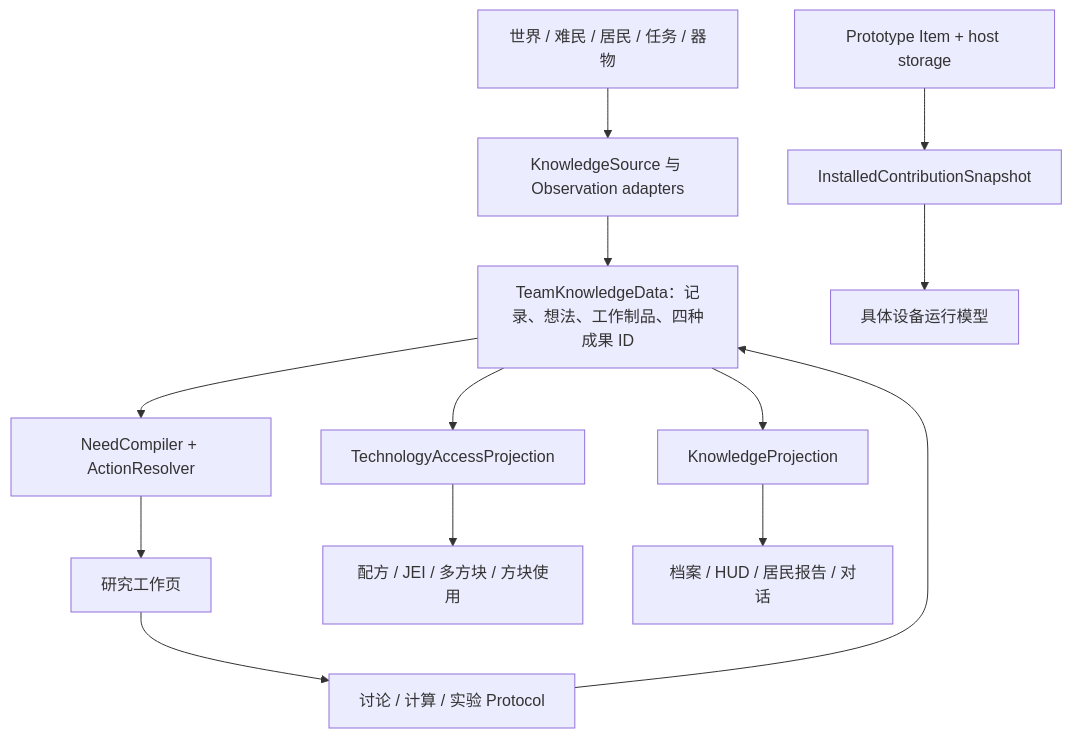
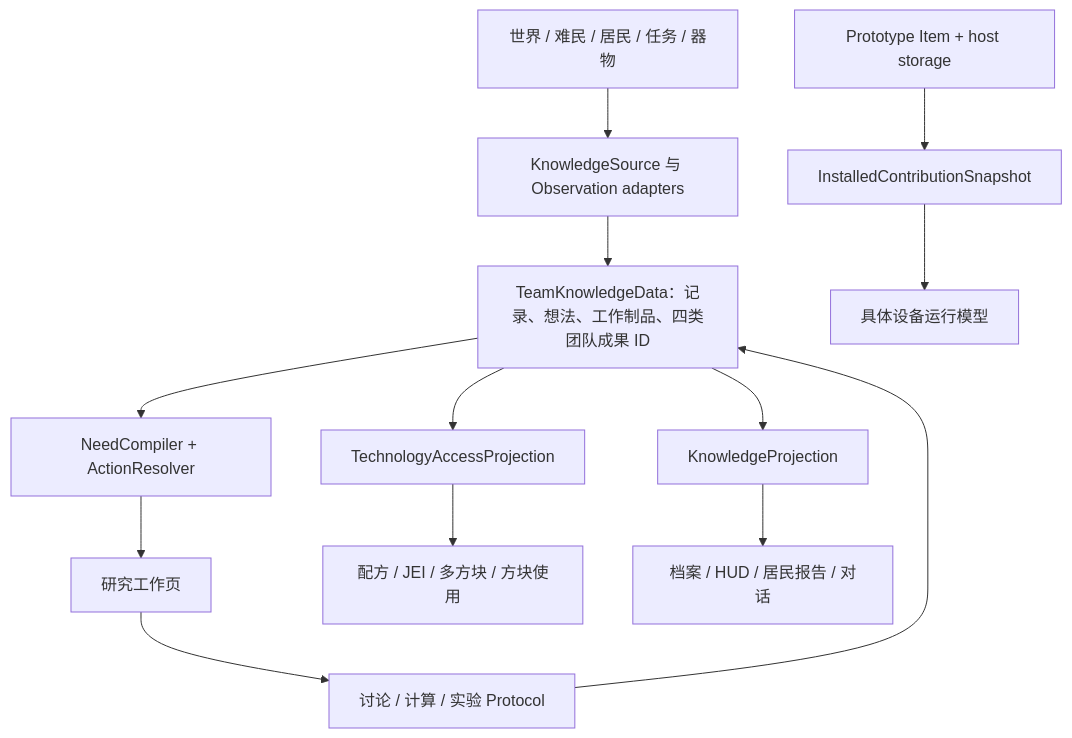
One commit to TeamMoegMC/FrostedHeart changed the second of 2 diagrams in plans/2026-08-25_16-17-39_generative-research-knowledge-laboratory-v2.md. Above: the diagram before and after it, drawn with Mermaid. The commit also changed other lines of this file and 55 other files, not shown here.

```diff
--- a/plans/2026-08-25_16-17-39_generative-research-knowledge-laboratory-v2.md
+++ b/plans/2026-08-25_16-17-39_generative-research-knowledge-laboratory-v2.md
@@ -819,15 +824,15 @@
 ~~~mermaid
 flowchart TB
     S["世界 / 难民 / 居民 / 任务 / 器物"] --> O["KnowledgeSource 与 Observation adapters"]
-    O --> G["TeamKnowledgeData：记录、想法、工作制品、四种成果 ID"]
+    O --> G["TeamKnowledgeData：记录、想法、工作制品、四类团队成果 ID"]
     G --> N["NeedCompiler + ActionResolver"]
     N --> W["研究工作页"]
     W --> L["讨论 / 计算 / 实验 Protocol"]
     L --> G
     G --> K["KnowledgeProjection"]
     G --> T["TechnologyAccessProjection"]
     P["Prototype Item + host storage"] --> I["InstalledContributionSnapshot"]
     T --> C["配方 / JEI / 多方块 / 方块使用"]
     K --> U["档案 / HUD / 居民报告 / 对话"]
     I --> H["具体设备运行模型"]
 ~~~
```
